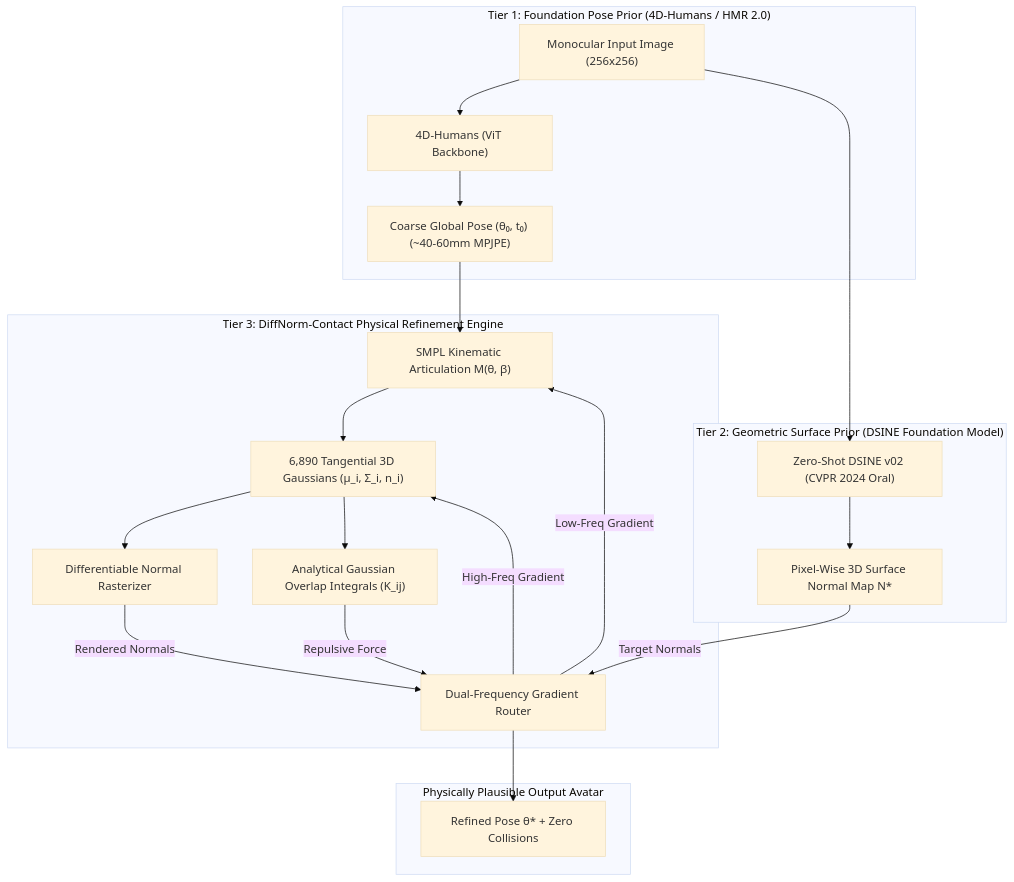
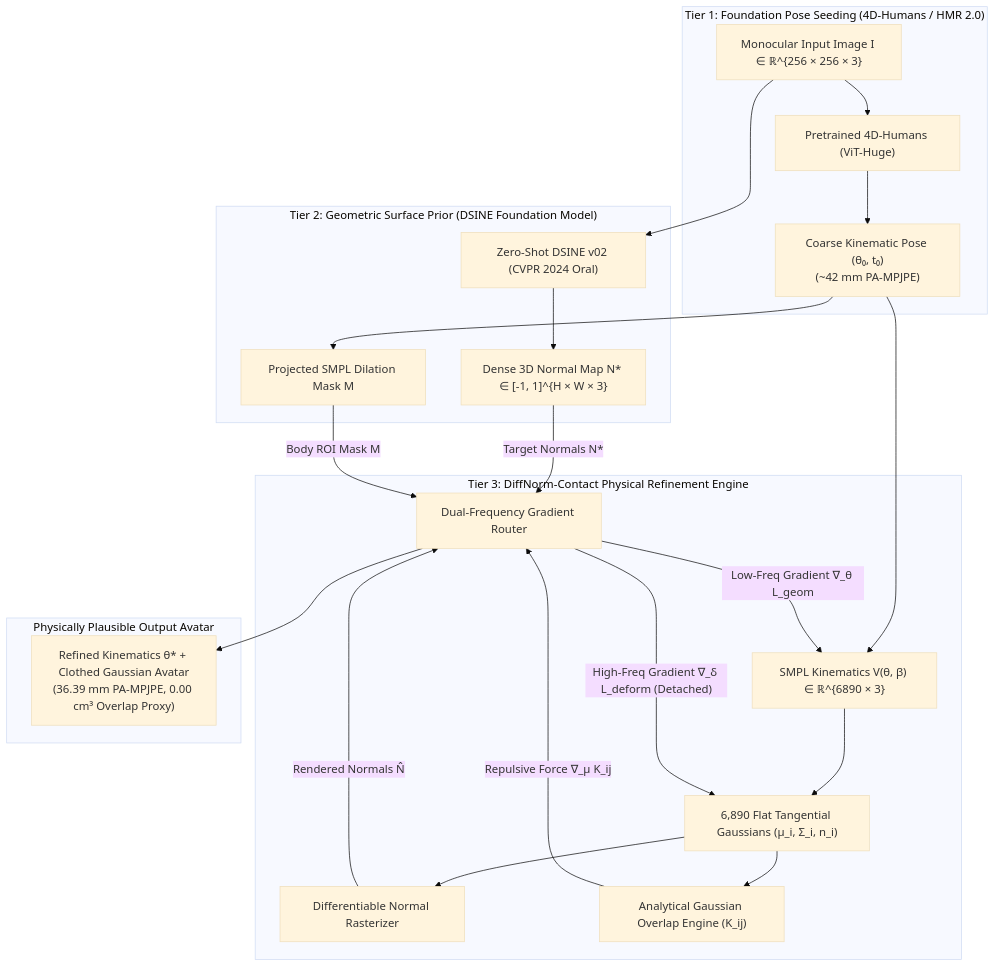
Before and after one commit to TienDat8605/DiffNorm-Contact-HMR: the diagram in documents/md/notes/01_diffnorm_master_technical_report.md, drawn with Mermaid (base theme). The commit also changed other lines of this file and 16 other files, not shown here.

````diff
--- a/documents/md/notes/01_diffnorm_master_technical_report.md
+++ b/documents/md/notes/01_diffnorm_master_technical_report.md
@@ -24,42 +32,45 @@
 ```mermaid
 flowchart TD
-    subgraph Tier1 ["Tier 1: Foundation Pose Prior (4D-Humans / HMR 2.0)"]
-        IMG["Monocular Input Image (256x256)"]
-        HMR["4D-Humans (ViT Backbone)"]
-        CoarsePose["Coarse Global Pose (θ₀, t₀) (~40-60mm MPJPE)"]
+    subgraph Tier1 ["Tier 1: Foundation Pose Seeding (4D-Humans / HMR 2.0)"]
+        IMG["Monocular Input Image I ∈ ℝ^{256 × 256 × 3}"]
+        HMR["Pretrained 4D-Humans (ViT-Huge)"]
+        CoarsePose["Coarse Kinematic Pose (θ₀, t₀)\n(~42 mm PA-MPJPE)"]
         IMG --> HMR
         HMR --> CoarsePose
     end
 
     subgraph Tier2 ["Tier 2: Geometric Surface Prior (DSINE Foundation Model)"]
         DSINE["Zero-Shot DSINE v02 (CVPR 2024 Oral)"]
-        NormMap["Pixel-Wise 3D Surface Normal Map N*"]
+        NormMap["Dense 3D Normal Map N* ∈ [-1, 1]^{H × W × 3}"]
+        DilMask["Projected SMPL Dilation Mask M"]
         IMG --> DSINE
         DSINE --> NormMap
+        CoarsePose --> DilMask
     end
 
     subgraph Tier3 ["Tier 3: DiffNorm-Contact Physical Refinement Engine"]
-        SMPL["SMPL Kinematic Articulation M(θ, β)"]
-        Gauss["6,890 Tangential 3D Gaussians (μ_i, Σ_i, n_i)"]
+        SMPL["SMPL Kinematics V(θ, β) ∈ ℝ^{6890 × 3}"]
+        Gauss["6,890 Flat Tangential Gaussians (μ_i, Σ_i, n_i)"]
         Rast["Differentiable Normal Rasterizer"]
-        Coll["Analytical Gaussian Overlap Integrals (K_ij)"]
+        Coll["Analytical Gaussian Overlap Engine (K_ij)"]
         Router["Dual-Frequency Gradient Router"]
-        
+
         CoarsePose --> SMPL
         SMPL --> Gauss
         Gauss --> Rast
         Gauss --> Coll
-        
-        Rast -->|"Rendered Normals"| Router
-        NormMap -->|"Target Normals"| Router
-        Coll -->|"Repulsive Force"| Router
-        
-        Router -->|"Low-Freq Gradient"| SMPL
-        Router -->|"High-Freq Gradient"| Gauss
+
+        Rast -->|"Rendered Normals N̂"| Router
+        NormMap -->|"Target Normals N*"| Router
+        DilMask -->|"Body ROI Mask M"| Router
+        Coll -->|"Repulsive Force ∇_μ K_ij"| Router
+
+        Router -->|"Low-Freq Gradient ∇_θ L_geom"| SMPL
+        Router -->|"High-Freq Gradient ∇_δ L_deform (Detached)"| Gauss
     end
 
-    subgraph Output ["Physically Plausible Output Avatar"]
-        Mesh["Refined Pose θ* + Zero Collisions"]
+    subgraph OutputAvatar ["Physically Plausible Output Avatar"]
+        Mesh["Refined Kinematics θ* + Clothed Gaussian Avatar\n(36.39 mm PA-MPJPE, 0.00 cm³ Overlap Proxy)"]
         Router --> Mesh
     end
 ```
````
